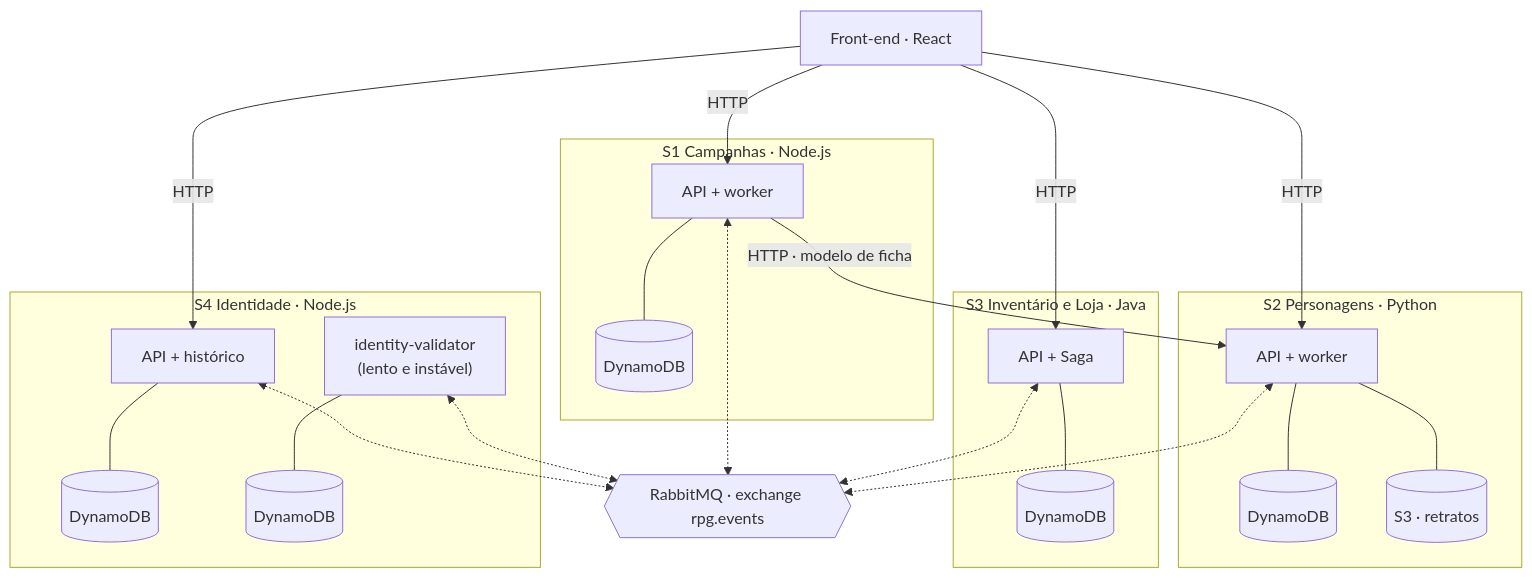
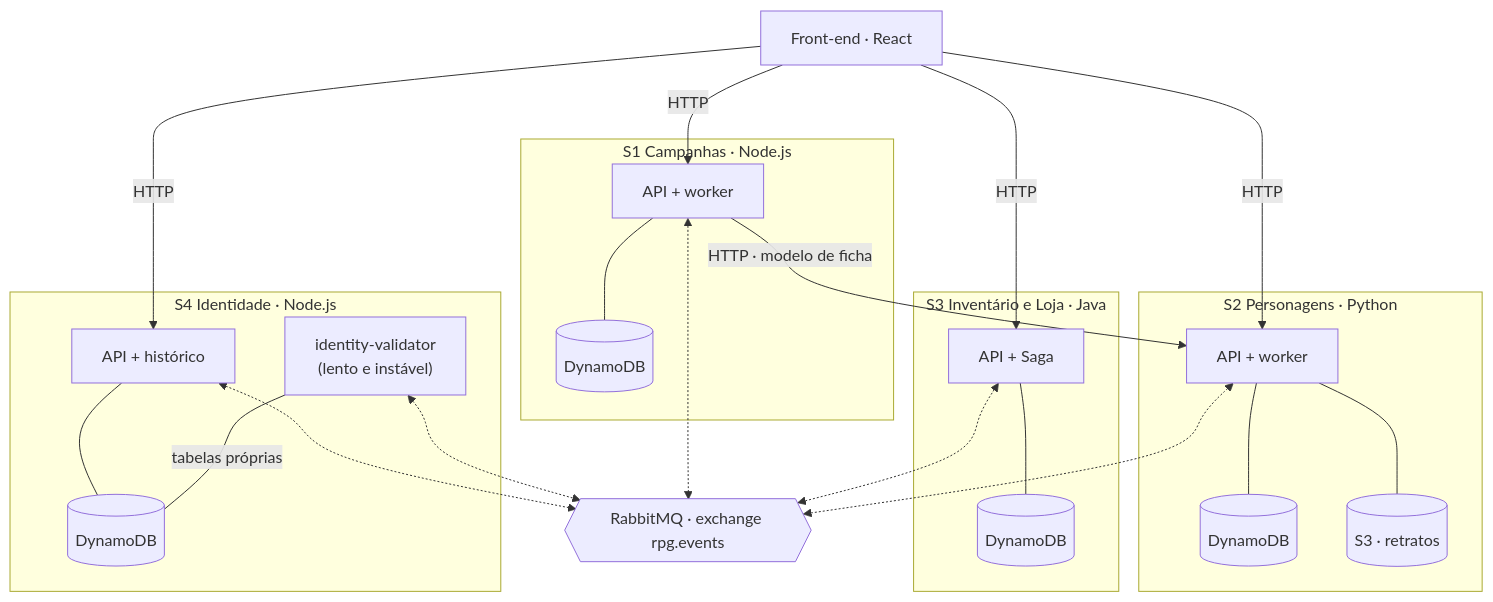
The diagram in docs/registro-do-tema.md (Lucas-Henschel/rpg-nexus), drawn with Mermaid before and after one commit.

Commit message:
docs: validador usa a instância do S4 no diagrama do registro

````diff
--- a/docs/registro-do-tema.md
+++ b/docs/registro-do-tema.md
@@ -46,25 +46,25 @@
 ```mermaid
 flowchart TB
     FE["Front-end · React"]
 
     subgraph S1["S1 Campanhas · Node.js"]
         A1["API + worker"] --- D1[("DynamoDB")]
     end
     subgraph S2["S2 Personagens · Python"]
         A2["API + worker"] --- D2[("DynamoDB")]
         A2 --- B2[("S3 · retratos")]
     end
     subgraph S3["S3 Inventário e Loja · Java"]
         A3["API + Saga"] --- D3[("DynamoDB")]
     end
     subgraph S4["S4 Identidade · Node.js"]
         A4["API + histórico"] --- D4[("DynamoDB")]
-        V4["identity-validator<br/>(lento e instável)"] --- D5[("DynamoDB")]
+        V4["identity-validator<br/>(lento e instável)"] -- "tabelas próprias" --- D4
     end
 
     MQ{{"RabbitMQ · exchange rpg.events"}}
 
     FE -- HTTP --> A1 & A2 & A3 & A4
     A1 -- "HTTP · modelo de ficha" --> A2
     A1 & A2 & A3 & A4 & V4 <-.-> MQ
 ```
````
